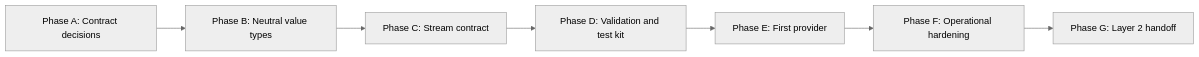
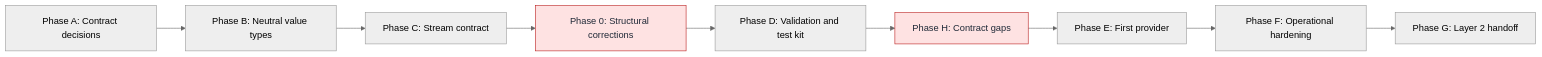
The diagram in docs/architecture/milestones/0001-cachicamas-ai-layer-1.md (witsaba/cachicamas), drawn with Mermaid (neutral theme) before and after one commit. The commit also changed other lines of this file, not shown here.

````diff
--- a/docs/architecture/milestones/0001-cachicamas-ai-layer-1.md
+++ b/docs/architecture/milestones/0001-cachicamas-ai-layer-1.md
@@ -108,9 +115,14 @@
 ```mermaid
 flowchart LR
     A[Phase A: Contract decisions] --> B[Phase B: Neutral value types]
     B --> C[Phase C: Stream contract]
-    C --> D[Phase D: Validation and test kit]
-    D --> E[Phase E: First provider]
+    C --> Z[Phase 0: Structural corrections]
+    Z --> D[Phase D: Validation and test kit]
+    D --> Hh[Phase H: Contract gaps]
+    Hh --> E[Phase E: First provider]
     E --> F[Phase F: Operational hardening]
     F --> G[Phase G: Layer 2 handoff]
+
+    classDef added fill:#fee2e2,stroke:#b91c1c,color:#1f2937
+    class Z,Hh added
 ```
````
